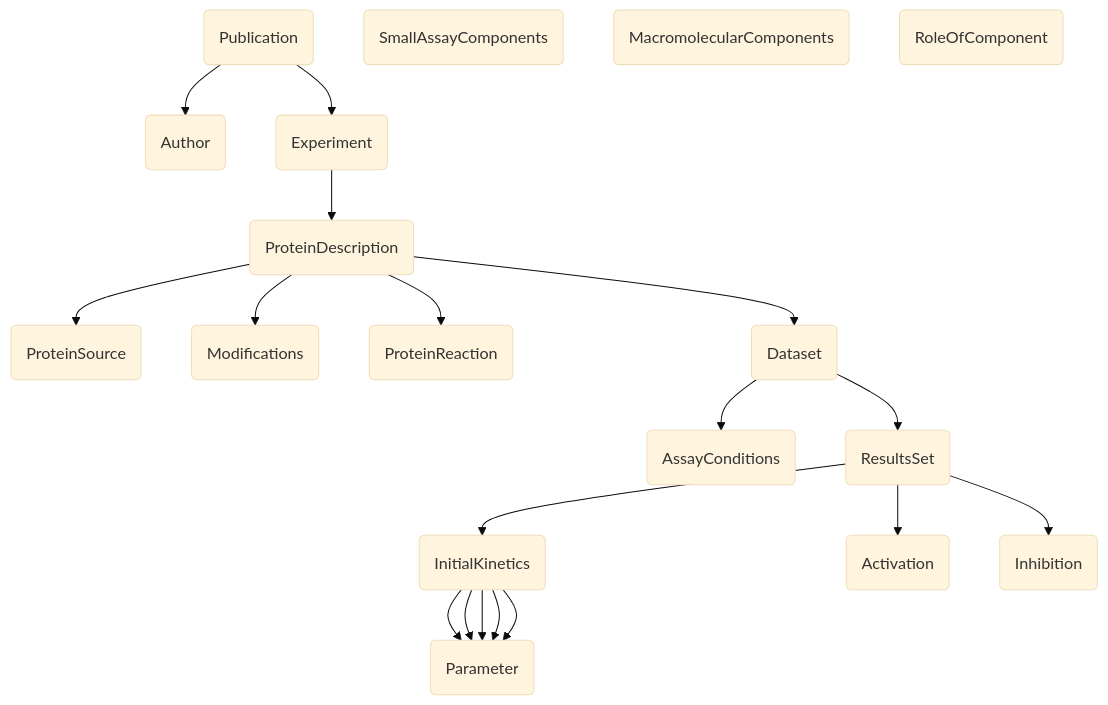
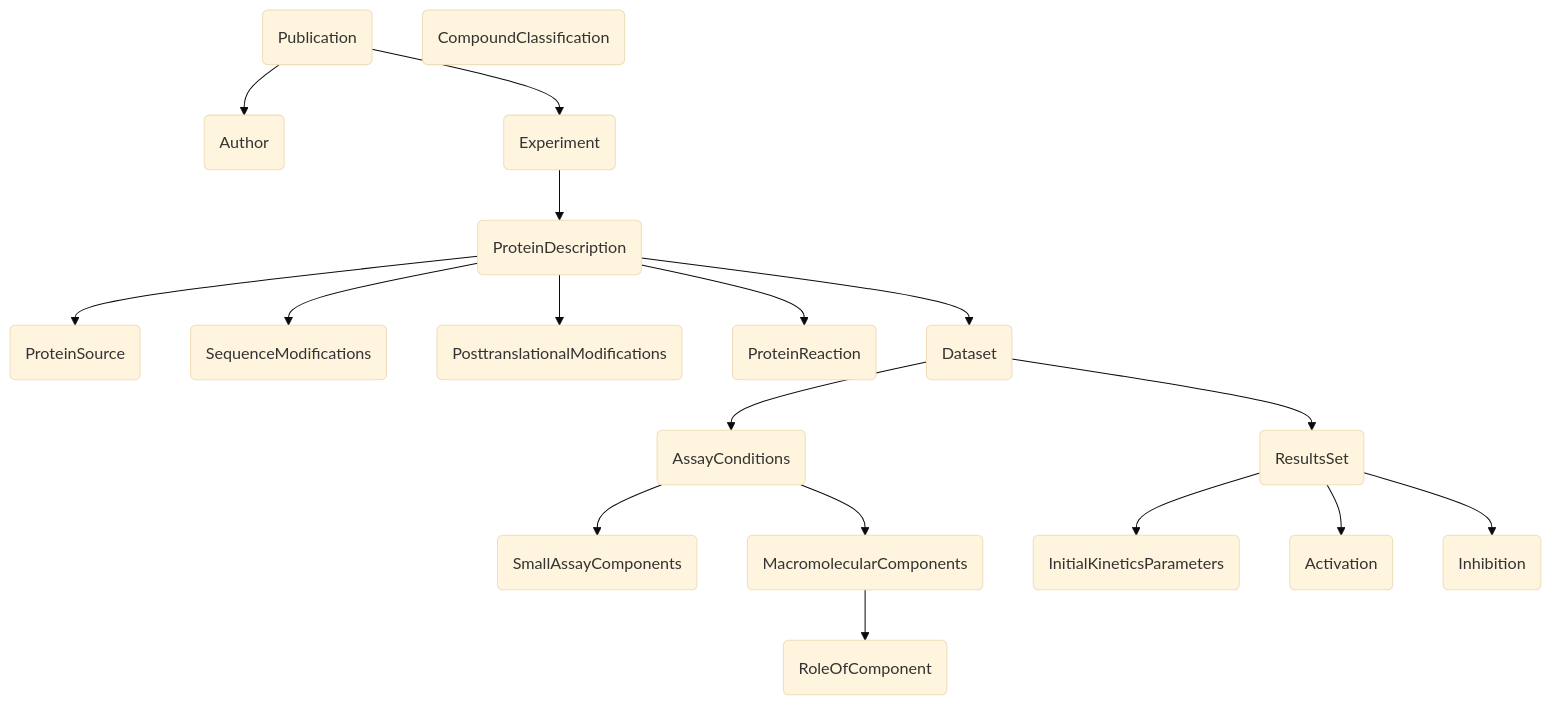
The diagram in docs/model.md (EnzymeML/strenda-specifications), drawn with Mermaid (base theme) before and after one commit. The commit also changed other lines of this file and 2 other files, not shown here.

````diff
--- a/docs/model.md
+++ b/docs/model.md
@@ -11,55 +11,56 @@
     ``` mermaid
     flowchart TB
         publication(Publication)
         author(Author)
         experiment(Experiment)
         proteindescription(ProteinDescription)
         proteinsource(ProteinSource)
-        modifications(Modifications)
+        sequencemodifications(SequenceModifications)
+        posttranslationalmodifications(PosttranslationalModifications)
         proteinreaction(ProteinReaction)
         dataset(Dataset)
         assayconditions(AssayConditions)
         smallassaycomponents(SmallAssayComponents)
         macromolecularcomponents(MacromolecularComponents)
         roleofcomponent(RoleOfComponent)
+        compoundclassification(CompoundClassification)
         resultsset(ResultsSet)
-        initialkinetics(InitialKinetics)
-        parameter(Parameter)
+        initialkineticsparameters(InitialKineticsParameters)
         activation(Activation)
         inhibition(Inhibition)
         publication(Publication) --> author(Author)
         publication(Publication) --> experiment(Experiment)
         experiment(Experiment) --> proteindescription(ProteinDescription)
-        proteindescription(ProteinDescription) --> modifications(Modifications)
+        proteindescription(ProteinDescription) --> sequencemodifications(SequenceModifications)
+        proteindescription(ProteinDescription) --> posttranslationalmodifications(PosttranslationalModifications)
         proteindescription(ProteinDescription) --> proteinsource(ProteinSource)
         proteindescription(ProteinDescription) --> proteinreaction(ProteinReaction)
         proteindescription(ProteinDescription) --> dataset(Dataset)
         dataset(Dataset) --> assayconditions(AssayConditions)
         dataset(Dataset) --> resultsset(ResultsSet)
-        resultsset(ResultsSet) --> initialkinetics(InitialKinetics)
+        assayconditions(AssayConditions) --> smallassaycomponents(SmallAssayComponents)
+        assayconditions(AssayConditions) --> macromolecularcomponents(MacromolecularComponents)
+        macromolecularcomponents(MacromolecularComponents) --> roleofcomponent(RoleOfComponent)
+        resultsset(ResultsSet) --> initialkineticsparameters(InitialKineticsParameters)
         resultsset(ResultsSet) --> activation(Activation)
         resultsset(ResultsSet) --> inhibition(Inhibition)
-        initialkinetics(InitialKinetics) --> parameter(Parameter)
-        initialkinetics(InitialKinetics) --> parameter(Parameter)
-        initialkinetics(InitialKinetics) --> parameter(Parameter)
-        initialkinetics(InitialKinetics) --> parameter(Parameter)
-        initialkinetics(InitialKinetics) --> parameter(Parameter)
 
         click publication "#publication" "Go to Publication"
         click author "#author" "Go to Author"
         click experiment "#experiment" "Go to Experiment"
         click proteindescription "#proteindescription" "Go to ProteinDescription"
         click proteinsource "#proteinsource" "Go to ProteinSource"
-        click modifications "#modifications" "Go to Modifications"
+        click sequencemodifications "#sequencemodifications" "Go to SequenceModifications"
+        click posttranslationalmodifications "#posttranslationalmodifications" "Go to PosttranslationalModifications"
         click proteinreaction "#proteinreaction" "Go to ProteinReaction"
         click dataset "#dataset" "Go to Dataset"
         click assayconditions "#assayconditions" "Go to AssayConditions"
         click smallassaycomponents "#smallassaycomponents" "Go to SmallAssayComponents"
         click macromolecularcomponents "#macromolecularcomponents" "Go to MacromolecularComponents"
         click roleofcomponent "#roleofcomponent" "Go to RoleOfComponent"
+        click compoundclassification "#compoundclassification" "Go to CompoundClassification"
         click resultsset "#resultsset" "Go to ResultsSet"
-        click initialkinetics "#initialkinetics" "Go to InitialKinetics"
-        click parameter "#parameter" "Go to Parameter"
+        click initialkineticsparameters "#initialkineticsparameters" "Go to InitialKineticsParameters"
         click activation "#activation" "Go to Activation"
         click inhibition "#inhibition" "Go to Inhibition"
     ```
````
